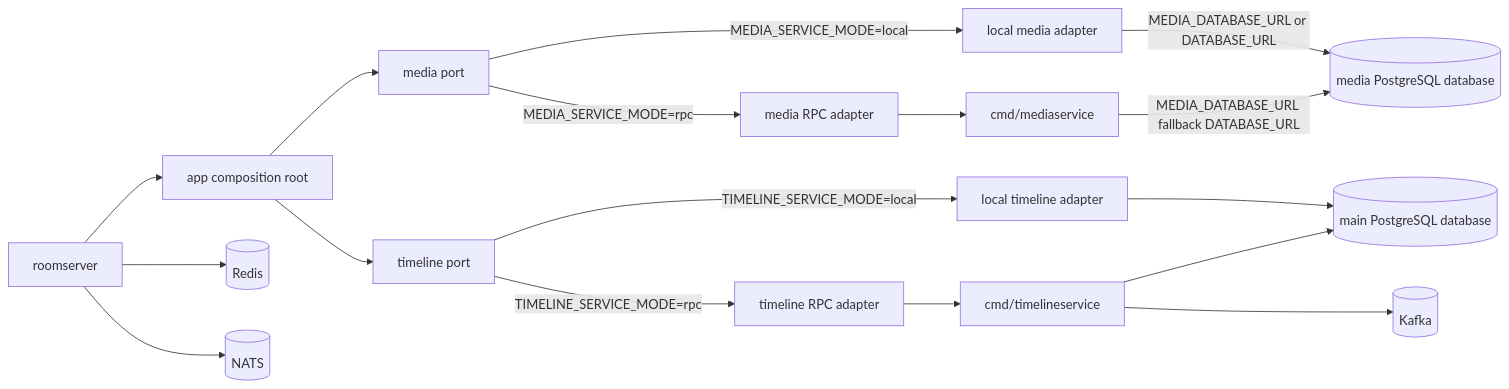
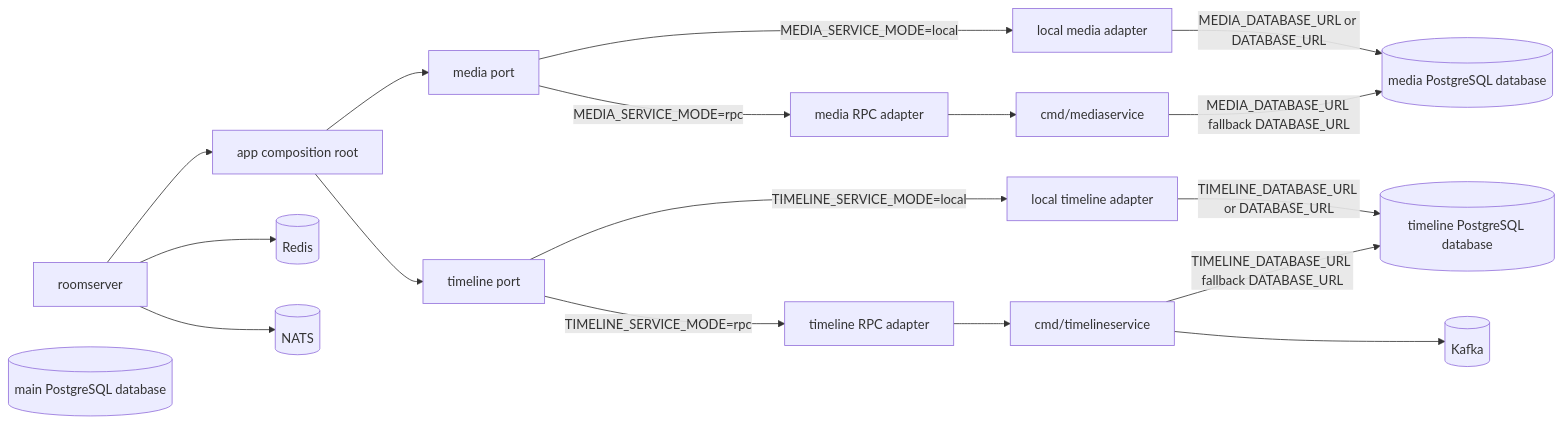
The first of 9 diagrams in docs/distributed-architecture.md (sunboyZgz/watch_together), drawn with Mermaid before and after one commit. The commit also changed other lines of this file and 24 other files, not shown here.

Commit message:
refactor: The timeline model has evolved into an early prototype of a distributed architecture based on microservices.

````diff
--- a/docs/distributed-architecture.md
+++ b/docs/distributed-architecture.md
@@ -37,35 +37,36 @@
 ```mermaid
 flowchart LR
   Roomserver[roomserver]
   App[app composition root]
   MediaPort[media port]
   TimelinePort[timeline port]
   MediaLocal[local media adapter]
   TimelineLocal[local timeline adapter]
   MediaRPC[media RPC adapter]
   TimelineRPC[timeline RPC adapter]
   MediaService[cmd/mediaservice]
   TimelineService[cmd/timelineservice]
   MainPG[(main PostgreSQL database)]
   MediaPG[(media PostgreSQL database)]
+  TimelinePG[(timeline PostgreSQL database)]
   Kafka[(Kafka)]
   Redis[(Redis)]
   NATS[(NATS)]
 
   Roomserver --> App
   App --> MediaPort
   App --> TimelinePort
   MediaPort -->|MEDIA_SERVICE_MODE=local| MediaLocal
   MediaPort -->|MEDIA_SERVICE_MODE=rpc| MediaRPC
   TimelinePort -->|TIMELINE_SERVICE_MODE=local| TimelineLocal
   TimelinePort -->|TIMELINE_SERVICE_MODE=rpc| TimelineRPC
   MediaRPC --> MediaService
   TimelineRPC --> TimelineService
   MediaLocal -->|MEDIA_DATABASE_URL or DATABASE_URL| MediaPG
-  TimelineLocal --> MainPG
+  TimelineLocal -->|TIMELINE_DATABASE_URL or DATABASE_URL| TimelinePG
   MediaService -->|MEDIA_DATABASE_URL fallback DATABASE_URL| MediaPG
-  TimelineService --> MainPG
+  TimelineService -->|TIMELINE_DATABASE_URL fallback DATABASE_URL| TimelinePG
   TimelineService --> Kafka
   Roomserver --> Redis
   Roomserver --> NATS
 ```
````
